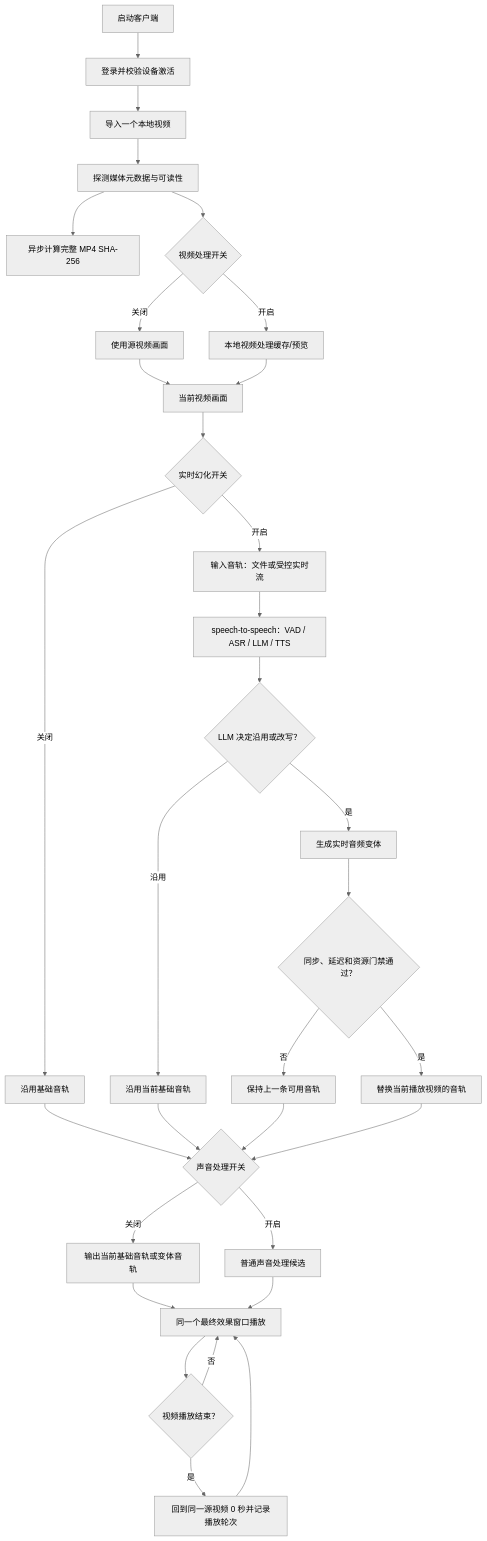
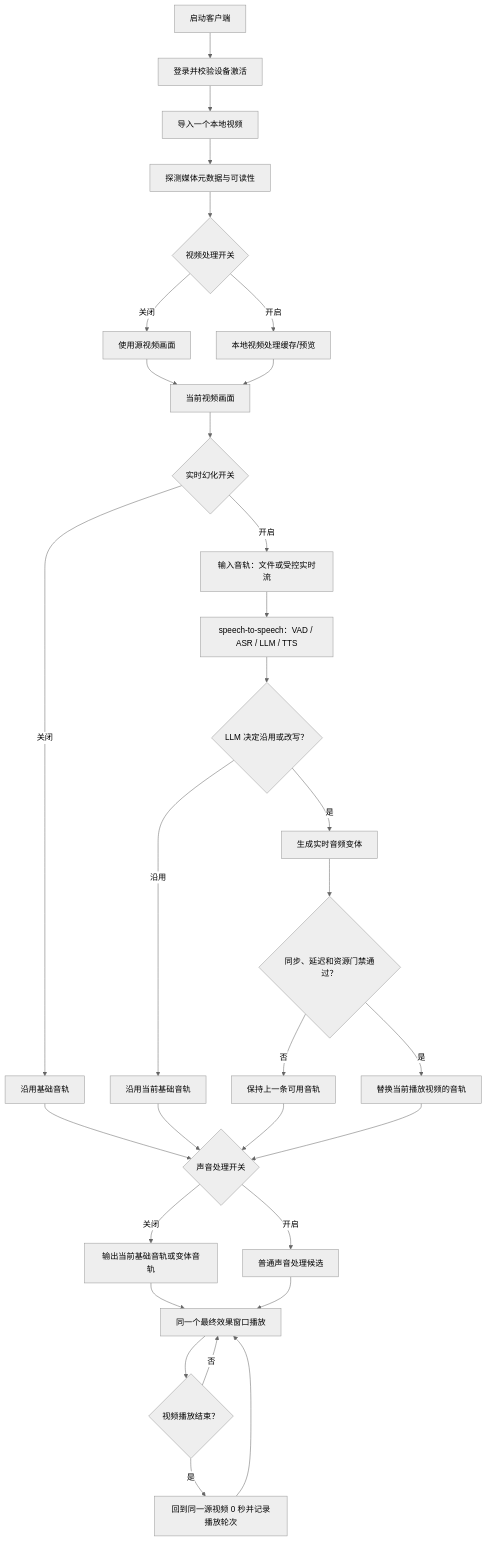
One commit to asd494235908/autolive changed the first of 4 diagrams in 桌面客户端架构.md. Above: the diagram before and after it, drawn with Mermaid (neutral theme). The commit also changed other lines of this file and 101 other files, not shown here.

````diff
--- a/桌面客户端架构.md
+++ b/桌面客户端架构.md
@@ -58,34 +60,33 @@
 ```mermaid
 flowchart TD
     A[启动客户端] --> B[登录并校验设备激活]
     B --> C[导入一个本地视频]
     C --> D[探测媒体元数据与可读性]
-    D --> Hash[异步计算完整 MP4 SHA-256]
     D --> E{视频处理开关}
     E -->|关闭| F[使用源视频画面]
     E -->|开启| G[本地视频处理缓存/预览]
     F --> I[当前视频画面]
     G --> I
     I --> K{实时幻化开关}
     K -->|关闭| Base[沿用基础音轨]
     Base --> AudioSwitch{声音处理开关}
     K -->|开启| M[输入音轨：文件或受控实时流]
     M --> N[speech-to-speech：VAD / ASR / LLM / TTS]
     N --> O{LLM 决定沿用或改写？}
     O -->|沿用| P[沿用当前基础音轨]
     O -->|是| Q[生成实时音频变体]
     Q --> R{同步、延迟和资源门禁通过？}
     R -->|否| S[保持上一条可用音轨]
     R -->|是| T[替换当前播放视频的音轨]
     P --> AudioSwitch
     S --> AudioSwitch
     T --> AudioSwitch
     AudioSwitch -->|关闭| L[输出当前基础音轨或变体音轨]
     AudioSwitch -->|开启| J[普通声音处理候选]
     L --> U[同一个最终效果窗口播放]
     J --> U
     U --> V{视频播放结束？}
     V -->|否| U
     V -->|是| W[回到同一源视频 0 秒并记录播放轮次]
     W --> U
 ```
````
